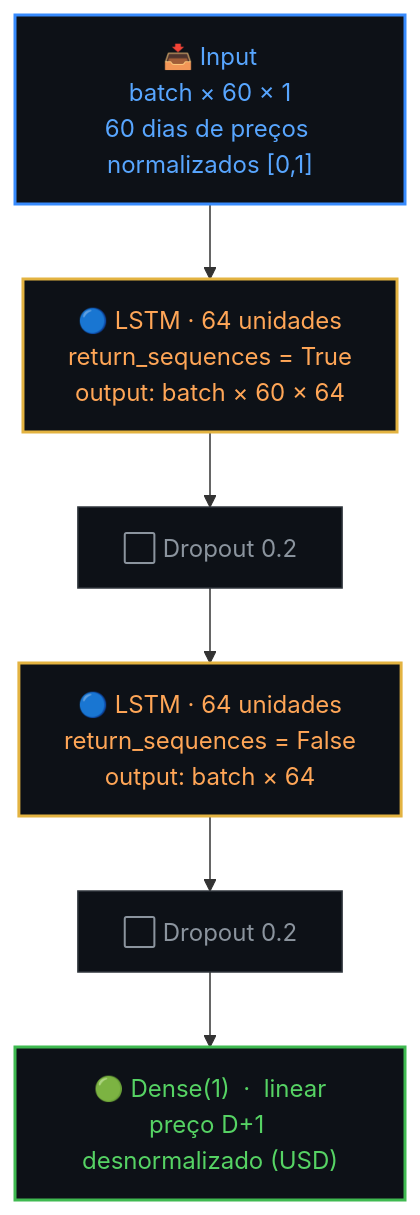
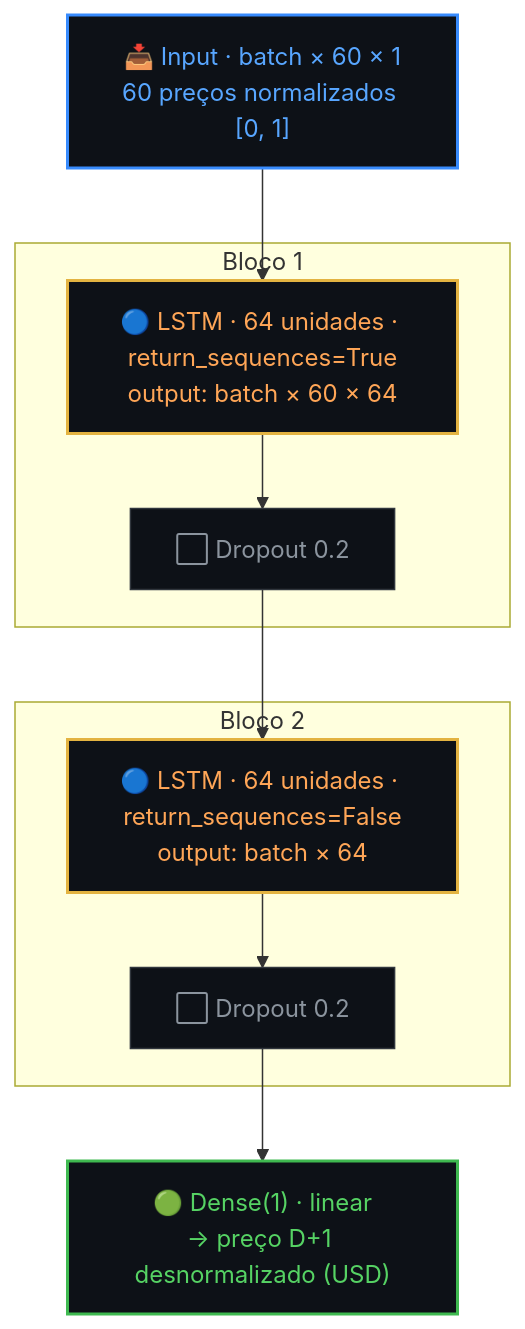
Before and after one commit to dionebraga/Pos_Tech_MLET-Fase-4: the sixth of 7 diagrams in README.md, drawn with Mermaid. The commit also changed other lines of this file, not shown here.

First line of the commit message:
README: level-max visual upgrade — mindmap index, 3-step quickstart flow, layered architecture

````diff
--- a/README.md
+++ b/README.md
@@ -664,18 +662,25 @@
 ```mermaid
 flowchart TD
-    I["📥 Input\nbatch × 60 × 1\n60 dias de preços normalizados [0,1]"]
-    L1["🔵 LSTM  ·  64 unidades\nreturn_sequences = True\noutput: batch × 60 × 64"]
-    D1["⬜ Dropout  0.2"]
-    L2["🔵 LSTM  ·  64 unidades\nreturn_sequences = False\noutput: batch × 64"]
-    D2["⬜ Dropout  0.2"]
-    O["🟢 Dense(1)  ·  linear\npreço D+1 desnormalizado (USD)"]
+    I["📥 Input · batch × 60 × 1\n60 preços normalizados [0, 1]"]
+
+    subgraph LSTM1["  Bloco 1  "]
+        L1["🔵 LSTM · 64 unidades · return_sequences=True\noutput: batch × 60 × 64"]
+        D1["⬜ Dropout  0.2"]
+    end
+
+    subgraph LSTM2["  Bloco 2  "]
+        L2["🔵 LSTM · 64 unidades · return_sequences=False\noutput: batch × 64"]
+        D2["⬜ Dropout  0.2"]
+    end
+
+    O["🟢 Dense(1) · linear\n→ preço D+1 desnormalizado (USD)"]
 
     I --> L1 --> D1 --> L2 --> D2 --> O
 
     style I  fill:#0d1117,color:#58a6ff,stroke:#388bfd,stroke-width:2px
     style L1 fill:#0d1117,color:#ffa657,stroke:#e3b341,stroke-width:2px
-    style D1 fill:#0d1117,color:#8b949e,stroke:#30363d,stroke-width:1px
+    style D1 fill:#0d1117,color:#8b949e,stroke:#30363d
     style L2 fill:#0d1117,color:#ffa657,stroke:#e3b341,stroke-width:2px
-    style D2 fill:#0d1117,color:#8b949e,stroke:#30363d,stroke-width:1px
+    style D2 fill:#0d1117,color:#8b949e,stroke:#30363d
     style O  fill:#0d1117,color:#56d364,stroke:#3fb950,stroke-width:2px
 ```
````
